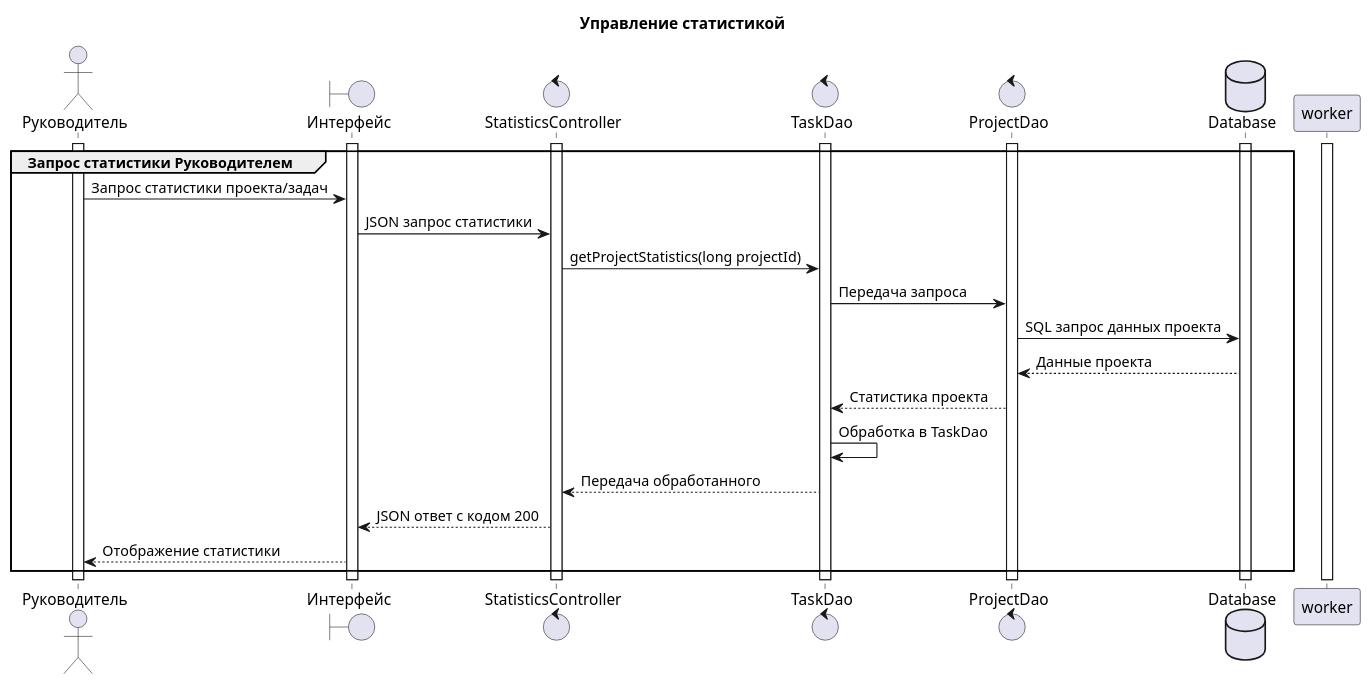
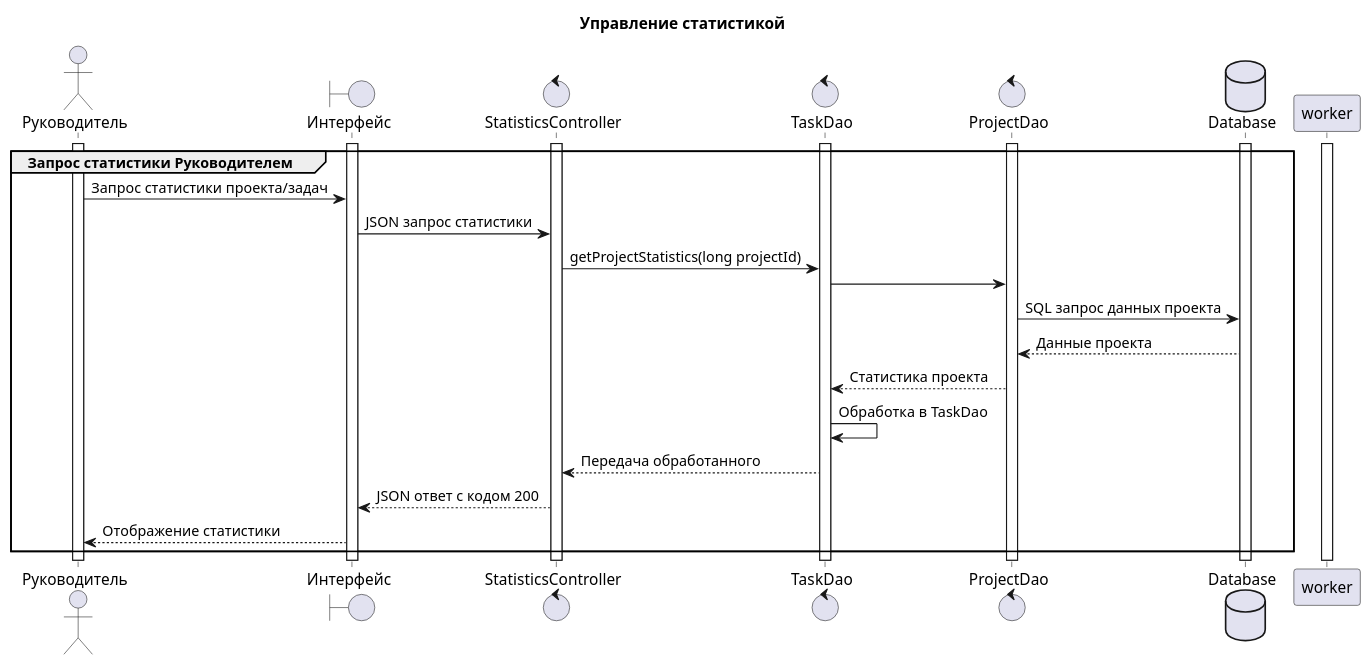
The diagram in UML diagrams/Sequence diagrams/manage-stat-sequence.puml (penamarth/bsbo-02-21_team_var7_erp), drawn with PlantUML before and after one commit. The commit also changed 3 other files, not shown here.

```diff
--- a/UML diagrams/Sequence diagrams/manage-stat-sequence.puml
+++ b/UML diagrams/Sequence diagrams/manage-stat-sequence.puml
@@ -1,35 +1,41 @@
 @startuml sequence
 title Управление статистикой
 
 actor Руководитель as manager
 
 boundary "Интерфейс" as site
 control StatisticsController as scont
 control TaskDao as tasker
 control ProjectDao as sserv
 database Database as db
 
 activate manager
 activate worker
 activate site
 activate tasker
 activate db
 activate scont
 activate sserv
 
 group Запрос статистики Руководителем
     manager -> site : Запрос статистики проекта/задач
     site -> scont : JSON запрос статистики
     scont -> tasker : getProjectStatistics(long projectId)
-    tasker -> sserv : Передача запроса
+    tasker -> sserv : 
     sserv -> db : SQL запрос данных проекта
+    
+    
+    
+    
+    
+    
     db --> sserv : Данные проекта
     sserv --> tasker : Статистика проекта
     tasker -> tasker : Обработка в TaskDao
     tasker -->scont  : Передача обработанного
     scont --> site : JSON ответ с кодом 200
     site --> manager : Отображение статистики
 end
 
 
 @enduml
```
